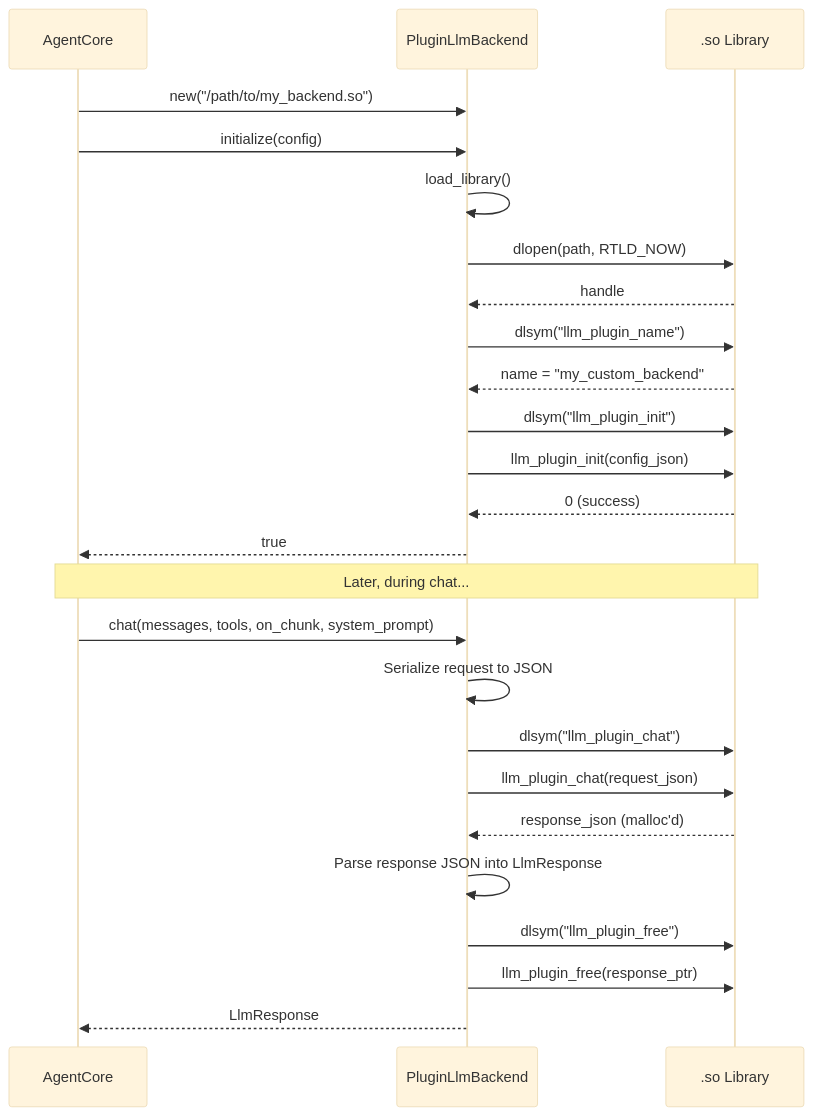
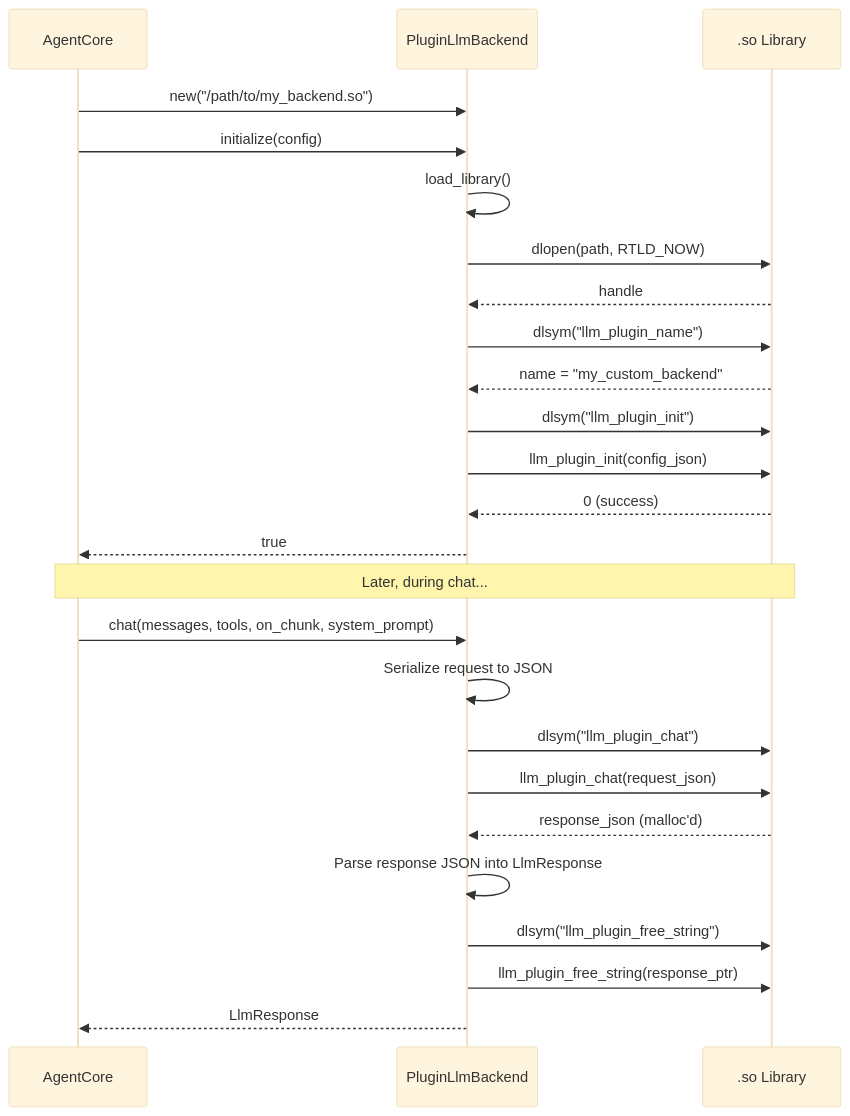
One commit to ashuksingh11/tizenclaw changed the fourth of 5 diagrams in docs_detailed/05_LLM_BACKEND_SYSTEM.md. Above: the diagram before and after it, drawn with Mermaid (base theme). The commit also changed other lines of this file and 15 other files, not shown here.

````diff
--- a/docs_detailed/05_LLM_BACKEND_SYSTEM.md
+++ b/docs_detailed/05_LLM_BACKEND_SYSTEM.md
@@ -374,30 +386,30 @@
 ```mermaid
 sequenceDiagram
     participant AC as AgentCore
     participant PLB as PluginLlmBackend
     participant SO as .so Library
 
     AC->>PLB: new("/path/to/my_backend.so")
     AC->>PLB: initialize(config)
     PLB->>PLB: load_library()
     PLB->>SO: dlopen(path, RTLD_NOW)
     SO-->>PLB: handle
     PLB->>SO: dlsym("llm_plugin_name")
     SO-->>PLB: name = "my_custom_backend"
     PLB->>SO: dlsym("llm_plugin_init")
     PLB->>SO: llm_plugin_init(config_json)
     SO-->>PLB: 0 (success)
     PLB-->>AC: true
 
     Note over AC,SO: Later, during chat...
 
     AC->>PLB: chat(messages, tools, on_chunk, system_prompt)
     PLB->>PLB: Serialize request to JSON
     PLB->>SO: dlsym("llm_plugin_chat")
     PLB->>SO: llm_plugin_chat(request_json)
     SO-->>PLB: response_json (malloc'd)
     PLB->>PLB: Parse response JSON into LlmResponse
-    PLB->>SO: dlsym("llm_plugin_free")
-    PLB->>SO: llm_plugin_free(response_ptr)
+    PLB->>SO: dlsym("llm_plugin_free_string")
+    PLB->>SO: llm_plugin_free_string(response_ptr)
     PLB-->>AC: LlmResponse
 ```
````
